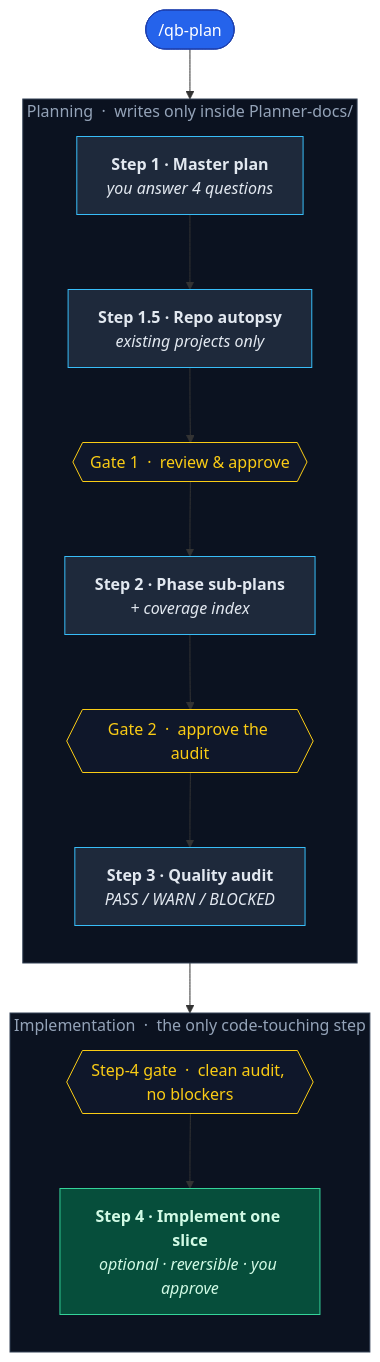
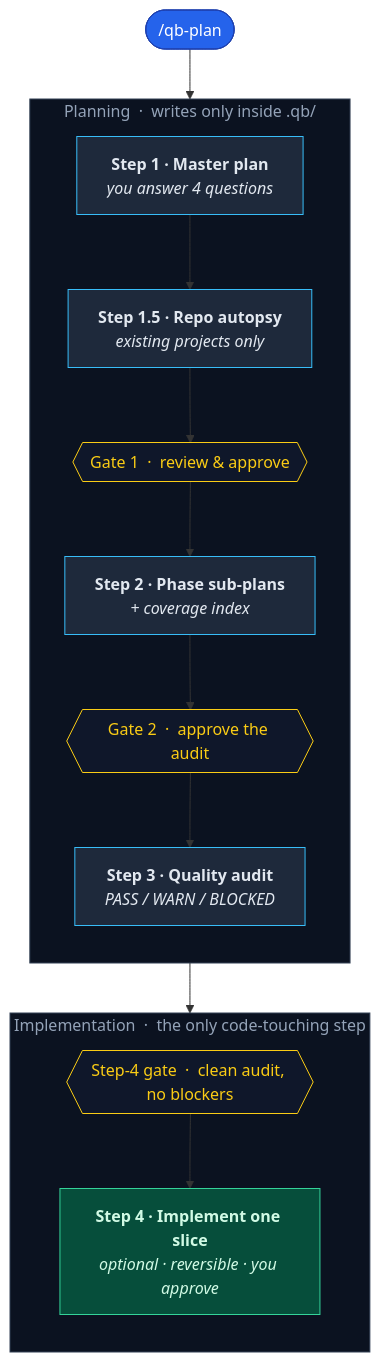
The diagram in platforms/claude-code/README.md (eserlxl/qb), drawn with Mermaid before and after one commit. The commit also changed other lines of this file and 126 other files, not shown here.

First line of the commit message:
refactor: rename default plan output Planner-docs/ → .qb/ with lowercase filenames

````diff
--- a/platforms/claude-code/README.md
+++ b/platforms/claude-code/README.md
@@ -78,29 +78,29 @@
 ```mermaid
 flowchart TD
     Start(["/qb-plan"]):::start
 
-    subgraph PLAN["Planning &nbsp;·&nbsp; writes only inside Planner-docs/"]
+    subgraph PLAN["Planning &nbsp;·&nbsp; writes only inside .qb/"]
         direction TB
         S1["<b>Step 1 · Master plan</b><br/><i>you answer 4 questions</i>"]:::step
         S15["<b>Step 1.5 · Repo autopsy</b><br/><i>existing projects only</i>"]:::step
         G1{{"Gate 1 &nbsp;·&nbsp; review &amp; approve"}}:::gate
         S2["<b>Step 2 · Phase sub-plans</b><br/><i>+ coverage index</i>"]:::step
         G2{{"Gate 2 &nbsp;·&nbsp; approve the audit"}}:::gate
         S3["<b>Step 3 · Quality audit</b><br/><i>PASS / WARN / BLOCKED</i>"]:::step
     end
 
     subgraph BUILD["Implementation &nbsp;·&nbsp; the only code-touching step"]
         direction TB
         G3{{"Step-4 gate &nbsp;·&nbsp; clean audit, no blockers"}}:::gate
         S4["<b>Step 4 · Implement one slice</b><br/><i>optional · reversible · you approve</i>"]:::build
     end
 
     Start --> S1 --> S15 --> G1 --> S2 --> G2 --> S3 --> G3 --> S4
 
     classDef start fill:#2563EB,stroke:#1E40AF,color:#FFFFFF;
     classDef step fill:#1E293B,stroke:#38BDF8,color:#E2E8F0;
     classDef gate fill:#0F172A,stroke:#FACC15,color:#FACC15;
     classDef build fill:#064E3B,stroke:#34D399,color:#D1FAE5;
     style PLAN fill:#0B1220,stroke:#334155,color:#94A3B8;
     style BUILD fill:#0B1220,stroke:#334155,color:#94A3B8;
 ```
````
